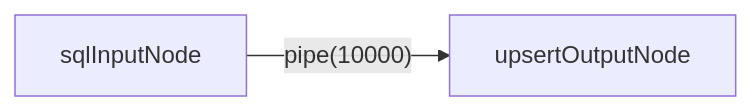
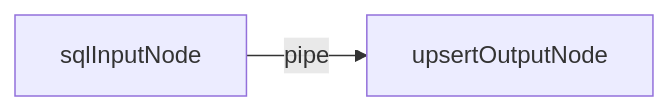
The first of 3 diagrams in README.cn.md (add2ws/etl-engine-project), drawn with Mermaid before and after one commit. The commit also changed other lines of this file and 2 other files, not shown here.

````diff
--- a/README.cn.md
+++ b/README.cn.md
@@ -43,4 +43,4 @@
 ```mermaid
 flowchart LR
-  sqlInputNode --pipe(10000)--> upsertOutputNode
+  sqlInputNode --pipe--> upsertOutputNode
 ```
````
